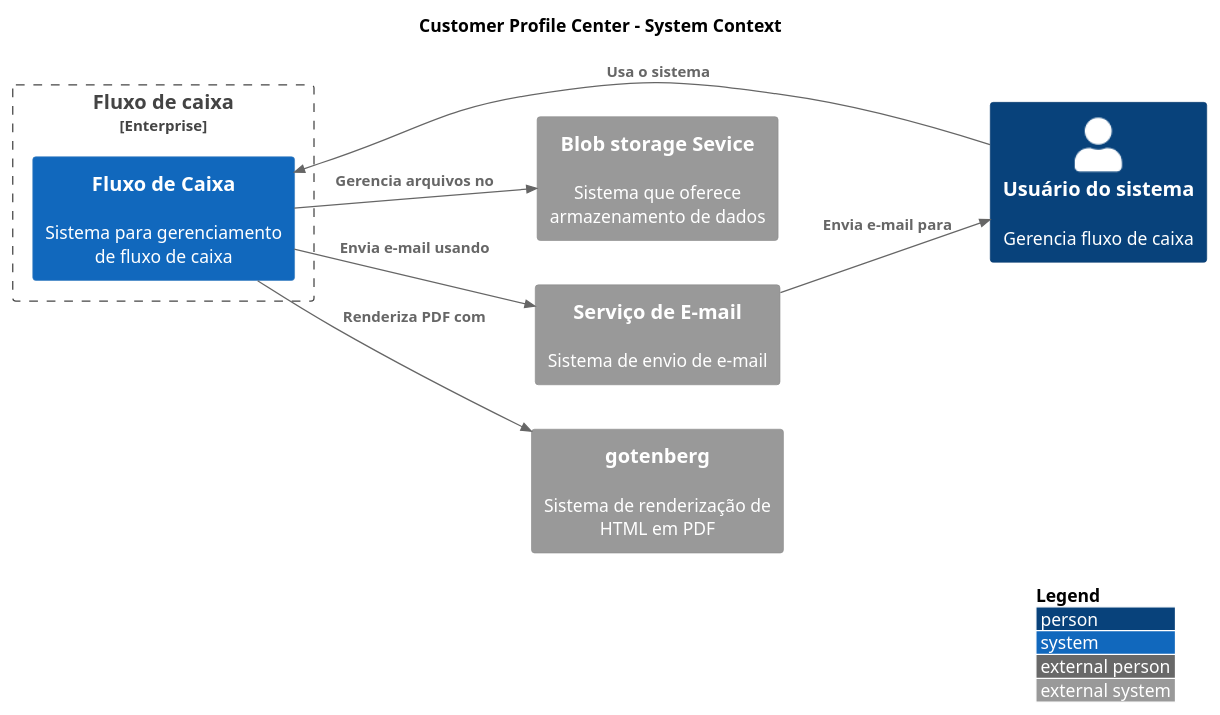
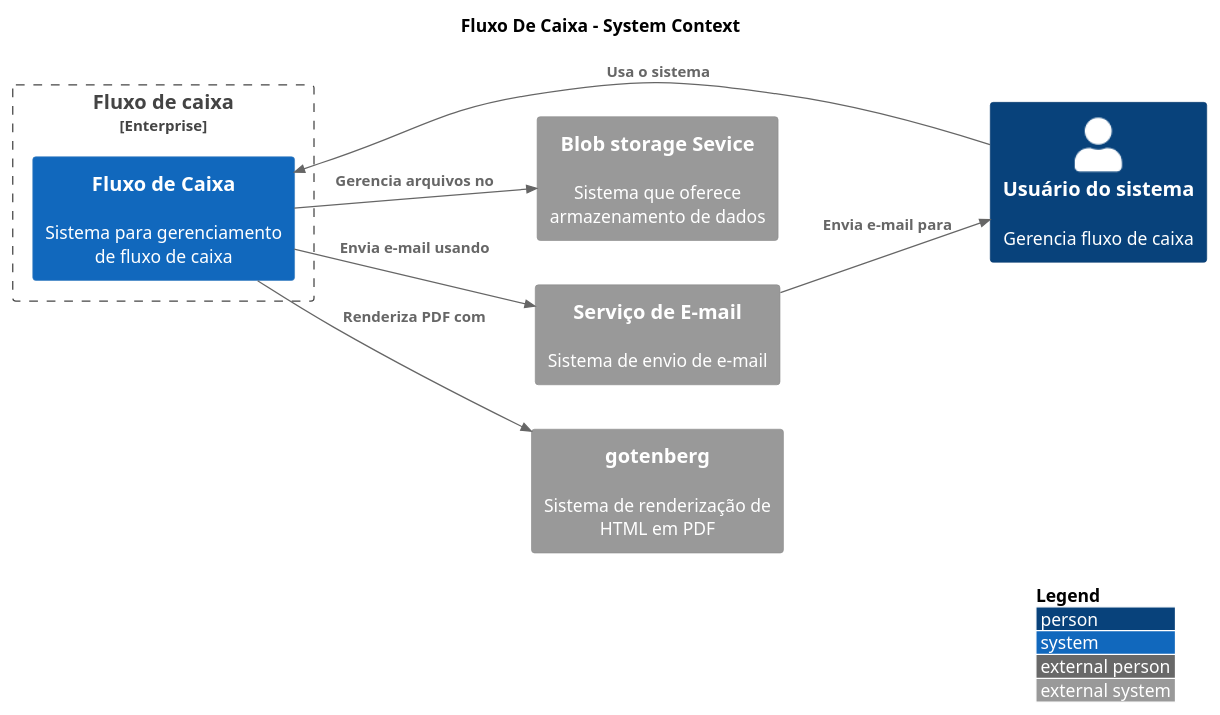
The diagram in Doc/SystemContext.puml (CristianoRC/Fluxo-De-Caixa), drawn with PlantUML before and after one commit. The commit also changed 3 other files, not shown here.

Commit message:
Ajusta titulos dos diagramas

```diff
--- a/Doc/SystemContext.puml
+++ b/Doc/SystemContext.puml
@@ -1,26 +1,26 @@
 @startuml context
 !include https://raw.githubusercontent.com/plantuml-stdlib/C4-PlantUML/master/C4_Container.puml
 !include https://raw.githubusercontent.com/plantuml-stdlib/C4-PlantUML/master/C4_Context.puml
 
 LAYOUT_LANDSCAPE()
 LAYOUT_WITH_LEGEND()
 
-TITLE Customer Profile Center - System Context
+TITLE Fluxo De Caixa - System Context
 
 Enterprise_Boundary(boundary-fluxo-de-caixa, "Fluxo de caixa") {
   System(fluxoDeCaixa, "Fluxo de Caixa", "Sistema para gerenciamento de fluxo de caixa")
 }
 
 System_Ext(blobStorage, "Blob storage Sevice", "Sistema que oferece armazenamento de dados")
 System_Ext(mailSystem, "Serviço de E-mail", "Sistema de envio de e-mail")
 System_Ext(gotenberg, "gotenberg", "Sistema de renderização de HTML em PDF")
 Person(pessoa, "Usuário do sistema", "Gerencia fluxo de caixa")
 
 Rel(pessoa, fluxoDeCaixa, "Usa o sistema")
 Rel(fluxoDeCaixa, blobStorage, "Gerencia arquivos no")
 Rel(fluxoDeCaixa, mailSystem, "Envia e-mail usando")
 Rel(fluxoDeCaixa, gotenberg, "Renderiza PDF com")
 Rel(mailSystem, pessoa, "Envia e-mail para")
 
 
 @enduml
```
